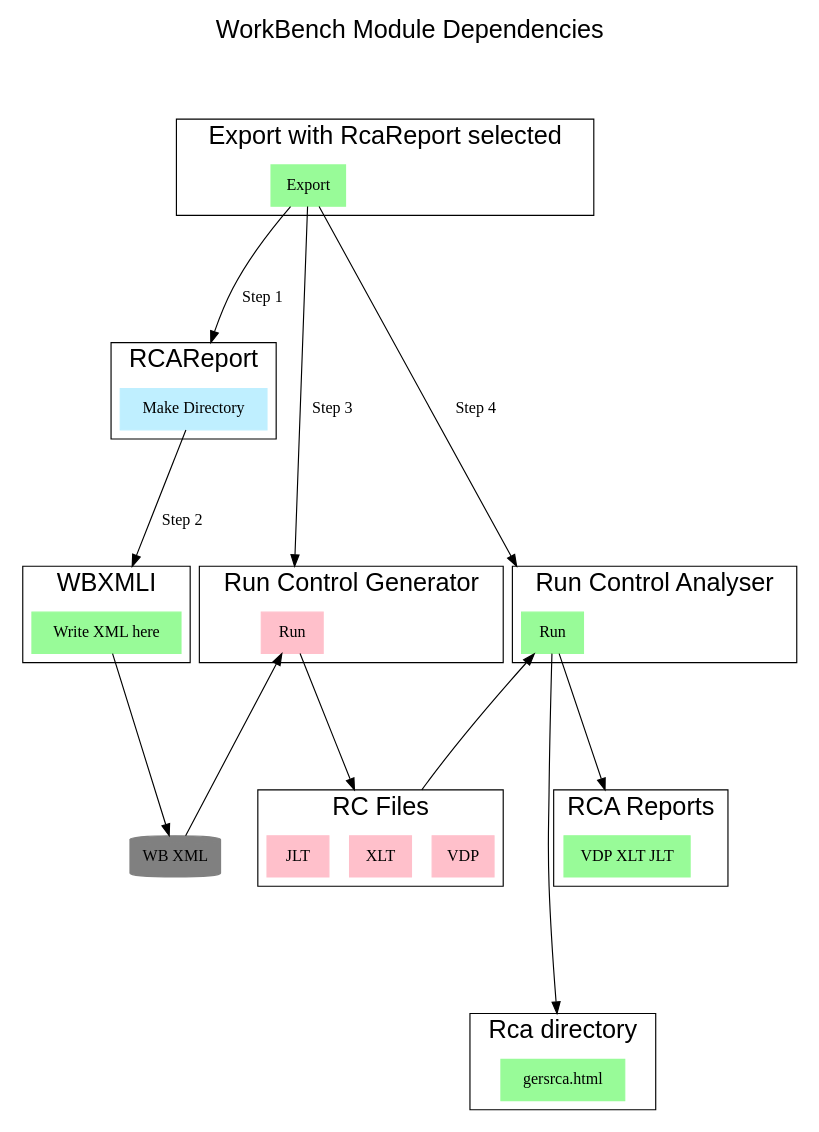
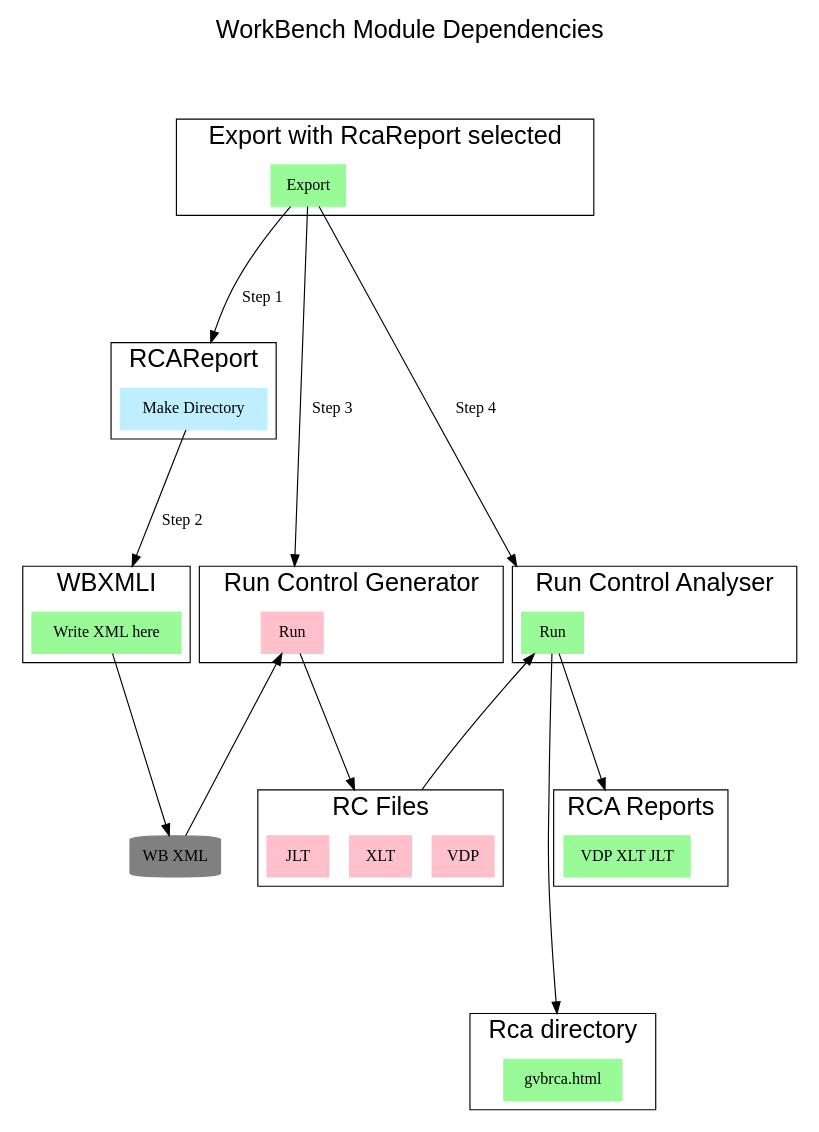
One commit to sritikki/Run-Control-Apps changed the diagram in docs/exportToRca.gv. Above: the diagram before and after it, drawn with Graphviz. The commit also changed 9 other files, not shown here.

```diff
--- a/docs/exportToRca.gv
+++ b/docs/exportToRca.gv
@@ -1,54 +1,54 @@
 digraph WorkBench {
     rankdir=TB
 //Nodes
 graph [label="WorkBench Module Dependencies\n\n\n", labelloc=t, labeljust=center, fontname=Helvetica, fontsize=22 ranksep="2 equally" compound=true ];
 labeljust=center;
 
 subgraph cluster_we { label="Export with RcaReport selected" node [shape=plaintext]
     export[label="Export" shape=rect style=filled color=PaleGreen]
 }
 
     subgraph cluster_comp { label="RCAReport"  node [shape=plaintext] 
         DIR[label="Make Directory" shape=rect style=filled color="lightblue1" ]
     }
 
 subgraph cluster_data { label="Run Control Analyser" node [shape=plaintext]
     rca[label="Run" shape=rect style=filled color=PaleGreen]
 }
 
 subgraph cluster_xmlidir { label="WBXMLI" node [shape=plaintext]
     xmlidir[label="Write XML here" shape=rect style=filled color=PaleGreen]
 }
 
 subgraph cluster_rcadir { label="Rca directory" node [shape=plaintext]
-    rcadir[label="gersrca.html" shape=rect style=filled color=PaleGreen]
+    rcadir[label="gvbrca.html" shape=rect style=filled color=PaleGreen]
 }
 
 subgraph cluster_reports { label="RCA Reports" node [shape=plaintext]
     rcar[label="VDP XLT JLT " shape=rect style=filled color=PaleGreen]
 }
 
 subgraph cluster_rcg { label="Run Control Generator" node [shape=plaintext]
     rcg[label="Run" shape=rect style=filled color=pink]
 }
 
 subgraph cluster_rcfiles { label="RC Files" node [shape=plaintext]
     vdp[label="VDP" shape=rect style=filled color=pink]
     xlt[label="XLT" shape=rect style=filled color=pink]
     jlt[label="JLT" shape=rect style=filled color=pink]
 }
 xmf[label="WB XML" shape=cylinder style=filled color=grey]
 
 export -> DIR [lhead=cluster_comp label=" Step 1"]
 DIR -> xmlidir [lhead=cluster_xmlidir label=" Step 2"]
 xmlidir -> xmf [lhead=cluster_xmldir]
 export -> rcg [lhead=cluster_rcg label=" Step 3"]
 rcg -> xlt [lhead=cluster_rcfiles]
 rcg -> xmf [dir="back"]
 export -> rca [lhead=cluster_data label=" Step 4"]
 rca -> xlt [lhead=cluster_rcfiles dir="back"]
 rca -> rcar [lhead=cluster_reports]
 rca -> rcadir [lhead=cluster_rcadir]
 DIR -> rcg [style="invis"]
 rcar -> rcadir [style="invis"]
 }
```
